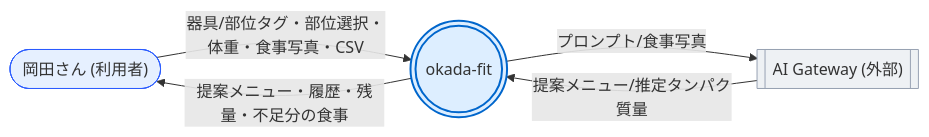
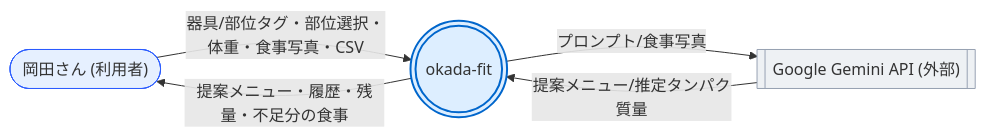
One commit to k-okada51/okada-fit changed the first of 2 diagrams in docs/02_設計/10_システム基本設計/03_データフロー.md. Above: the diagram before and after it, drawn with Mermaid. The commit also changed other lines of this file and 37 other files, not shown here.

````diff
--- a/docs/02_設計/10_システム基本設計/03_データフロー.md
+++ b/docs/02_設計/10_システム基本設計/03_データフロー.md
@@ -30,16 +30,16 @@
 ```mermaid
 flowchart LR
   classDef biz fill:#e6f0ff,stroke:#2b5cff;
   classDef ext fill:#eef1f4,stroke:#98a2b3;
   classDef proc fill:#def,stroke:#06c,stroke-width:2px;
 
   USER(["岡田さん (利用者)"]):::biz
-  AIGW[["AI Gateway (外部)"]]:::ext
+  AIGW[["Google Gemini API (外部)"]]:::ext
 
   P0((( okada-fit ))):::proc
 
   USER -->|器具/部位タグ・部位選択・体重・食事写真・CSV| P0
   P0 -->|提案メニュー・履歴・残量・不足分の食事| USER
   P0 -->|プロンプト/食事写真| AIGW
   AIGW -->|提案メニュー/推定タンパク質量| P0
 ```
````
